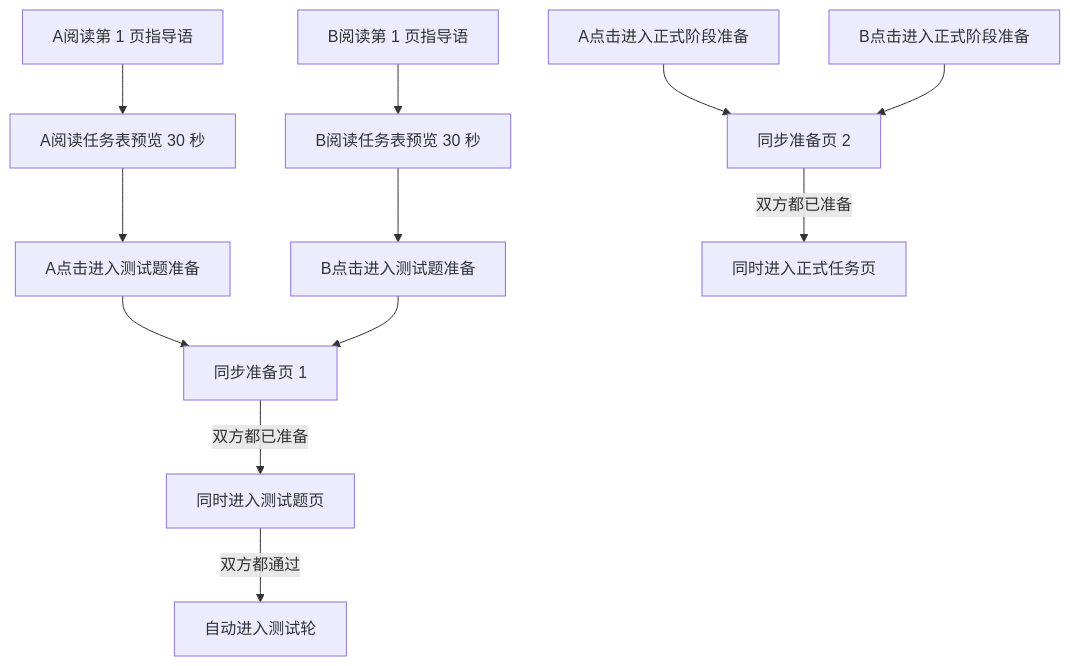
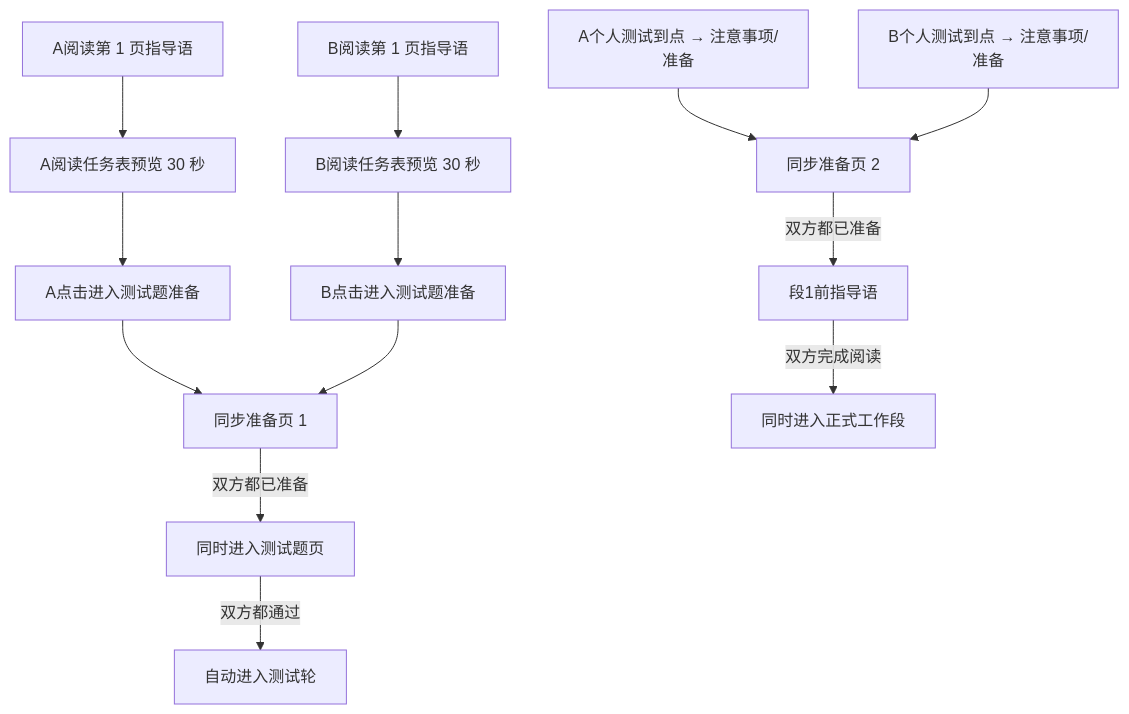
The second of 4 diagrams in 02_specs/00_overview/APP_FLOW.md (yezhouyedu/multicooperation), drawn with Mermaid before and after one commit. The commit also changed other lines of this file and 57 other files, not shown here.

````diff
--- a/02_specs/00_overview/APP_FLOW.md
+++ b/02_specs/00_overview/APP_FLOW.md
@@ -177,14 +179,15 @@
 ```mermaid
 flowchart TD
     A0["A阅读第 1 页指导语"] --> ATaskPreview["A阅读任务表预览 30 秒"]
     B0["B阅读第 1 页指导语"] --> BTaskPreview["B阅读任务表预览 30 秒"]
     ATaskPreview --> A1["A点击进入测试题准备"]
     BTaskPreview --> B1["B点击进入测试题准备"]
     A1 --> Wait1["同步准备页 1"]
     B1 --> Wait1
     Wait1 -->|"双方都已准备"| Quiz["同时进入测试题页"]
     Quiz -->|"双方都通过"| Practice["自动进入测试轮"]
-    A2["A点击进入正式阶段准备"] --> Wait2["同步准备页 2"]
-    B2["B点击进入正式阶段准备"] --> Wait2
-    Wait2 -->|"双方都已准备"| Formal["同时进入正式任务页"]
+    A2["A个人测试到点 → 注意事项/准备"] --> Wait2["同步准备页 2"]
+    B2["B个人测试到点 → 注意事项/准备"] --> Wait2
+    Wait2 -->|"双方都已准备"| Instruction["段1前指导语"]
+    Instruction -->|"双方完成阅读"| Formal["同时进入正式工作段"]
 ```
````
